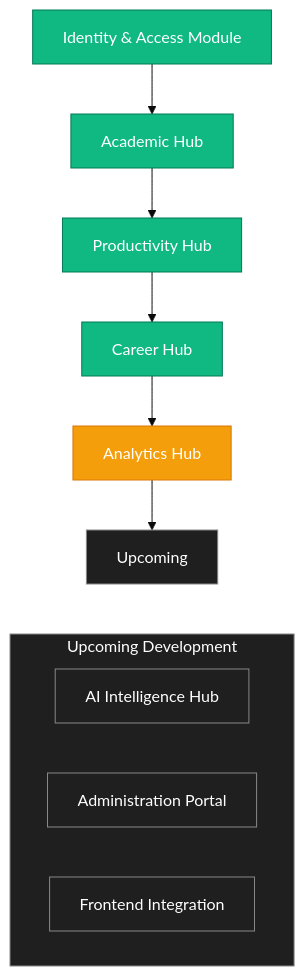
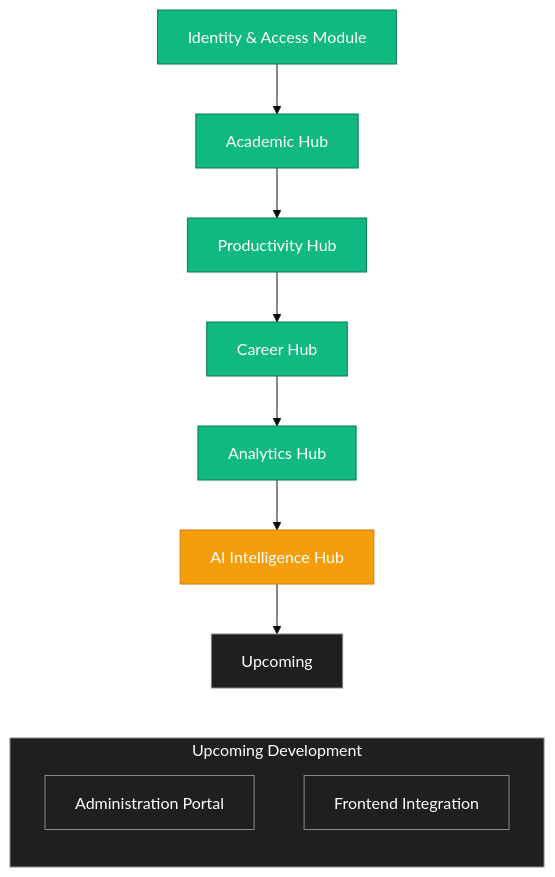
One commit to sufiyanshaikh06/integrum changed diagram 11 of 11 in PROJECT_PROGRESS.md. Above: the diagram before and after it, drawn with Mermaid (base theme). The commit also changed other lines of this file, not shown here.

Commit message:
docs: update diagrams and charts in progress report

````diff
--- a/PROJECT_PROGRESS.md
+++ b/PROJECT_PROGRESS.md
@@ -332,32 +349,32 @@
 ```mermaid
 flowchart TD
     A[Identity & Access Module] --> B[Academic Hub]
     B --> C[Productivity Hub]
     C --> D[Career Hub]
     D --> E[Analytics Hub]
-    E --> I[Upcoming]
+    E --> F[AI Intelligence Hub]
+    F --> I[Upcoming]
 
     subgraph UpcomingDevelopment["Upcoming Development"]
-        direction LR
-        F[AI Intelligence Hub]
+        direction TD
         G[Administration Portal]
         H[Frontend Integration]
     end
 
     %% Force Upcoming Development below the completed flow
-    I ~~~ F
+    I ~~~ G
 
     style A fill:#10b981,stroke:#047857,color:#fff
     style B fill:#10b981,stroke:#047857,color:#fff
     style C fill:#10b981,stroke:#047857,color:#fff
     style D fill:#10b981,stroke:#047857,color:#fff
-    style E fill:#f59e0b,stroke:#d97706,color:#fff
+    style E fill:#10b981,stroke:#047857,color:#fff
+    style F fill:#f59e0b,stroke:#d97706,color:#fff
 
     style I fill:#1f1f1f,stroke:#888,color:#fff
 
-    style F fill:#1f1f1f,stroke:#888,color:#fff
     style G fill:#1f1f1f,stroke:#888,color:#fff
     style H fill:#1f1f1f,stroke:#888,color:#fff
 
     style UpcomingDevelopment fill:#1f1f1f,stroke:#888,color:#fff
 ```
````
